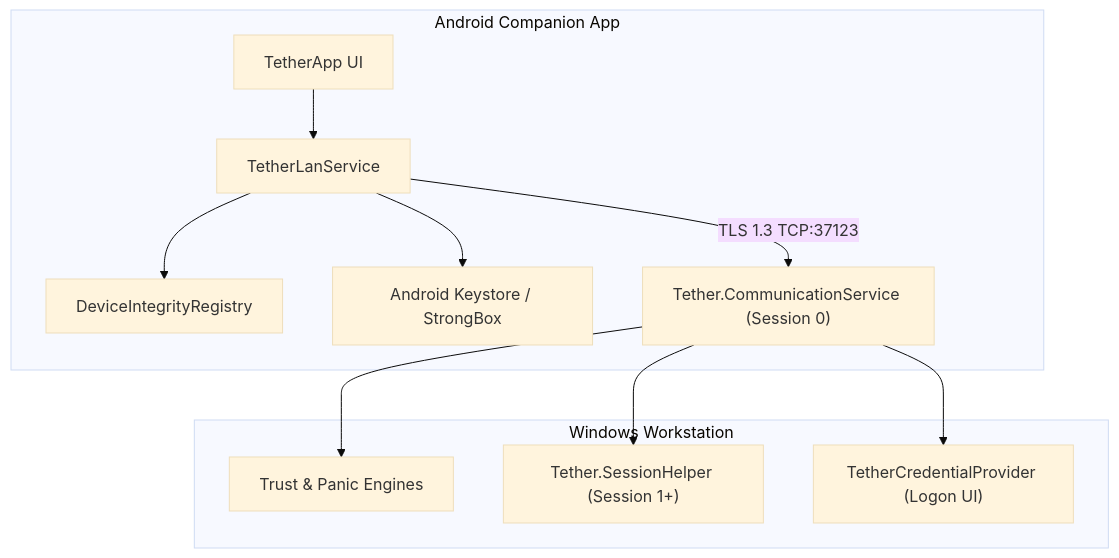
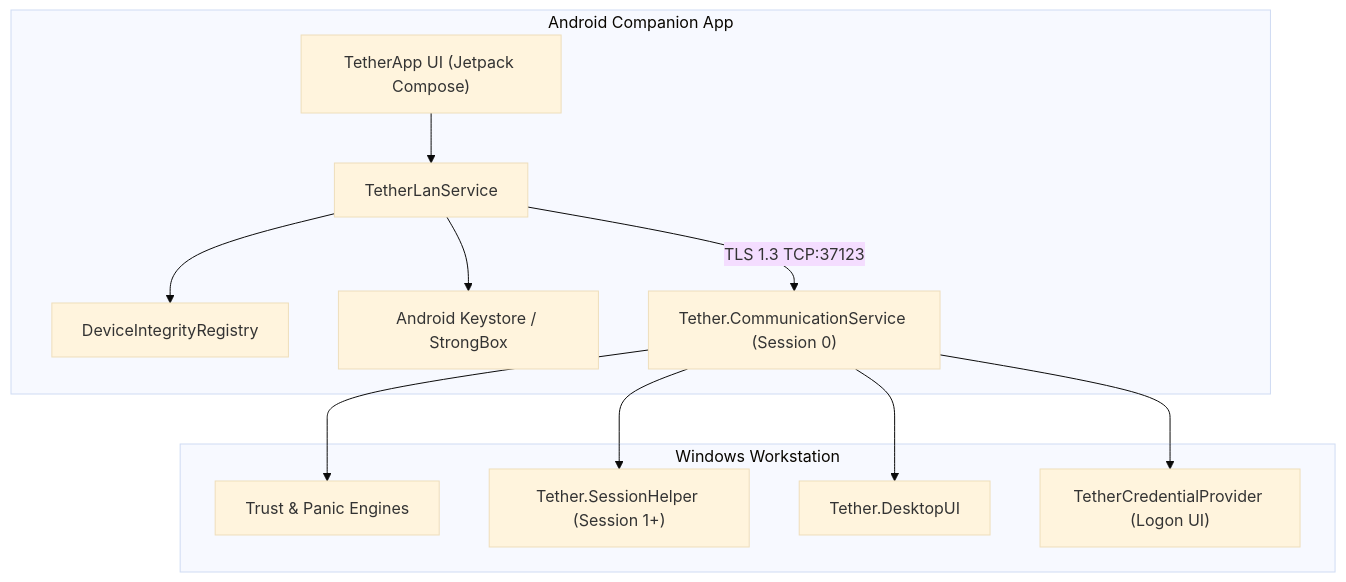
One commit to tirthsaraiya29/Tether changed the diagram in README.md. Above: the diagram before and after it, drawn with Mermaid (base theme). The commit also changed other lines of this file and 9 other files, not shown here.

````diff
--- a/README.md
+++ b/README.md
@@ -117,15 +209,16 @@
 ```mermaid
 graph TD
     subgraph AndroidDevice["Android Companion App"]
-        A1["TetherApp UI"] --> A2["TetherLanService"]
+        A1["TetherApp UI (Jetpack Compose)"] --> A2["TetherLanService"]
         A2 --> A3["DeviceIntegrityRegistry"]
         A2 --> A4["Android Keystore / StrongBox"]
         A2 -->|TLS 1.3 TCP:37123| B1
     end
 
     subgraph WindowsHost["Windows Workstation"]
         B1["Tether.CommunicationService (Session 0)"] --> B2["Trust & Panic Engines"]
         B1 --> B3["Tether.SessionHelper (Session 1+)"]
+        B1 --> B4["Tether.DesktopUI"]
         B1 --> B5["TetherCredentialProvider (Logon UI)"]
     end
 ```
````
